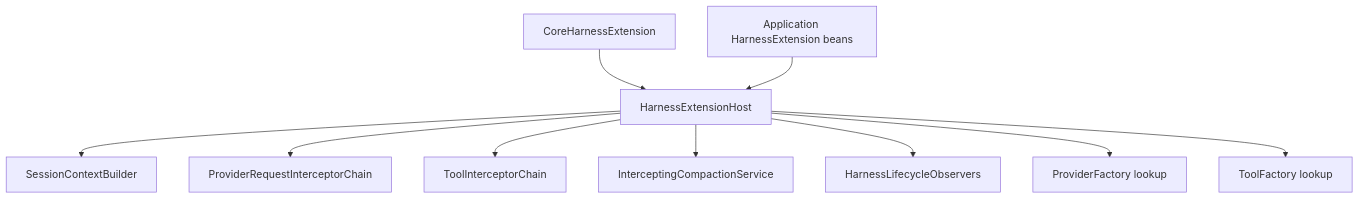
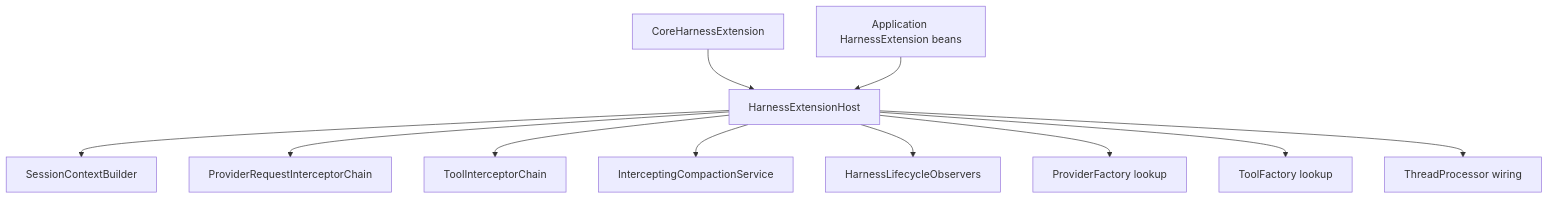
One commit to fengwk/kk-studio changed the diagram in docs/technical-solution/harness-extensions.md. Above: the diagram before and after it, drawn with Mermaid. The commit also changed other lines of this file and 433 other files, not shown here.

````diff
--- a/docs/technical-solution/harness-extensions.md
+++ b/docs/technical-solution/harness-extensions.md
@@ -137,12 +129,13 @@
 ```mermaid
 flowchart TD
     A[CoreHarnessExtension] --> H[HarnessExtensionHost]
     B[Application HarnessExtension beans] --> H
     H --> C[SessionContextBuilder]
     H --> D[ProviderRequestInterceptorChain]
     H --> E[ToolInterceptorChain]
     H --> F[InterceptingCompactionService]
     H --> G[HarnessLifecycleObservers]
     H --> P[ProviderFactory lookup]
     H --> T[ToolFactory lookup]
+    H --> TP[ThreadProcessor wiring]
 ```
````
